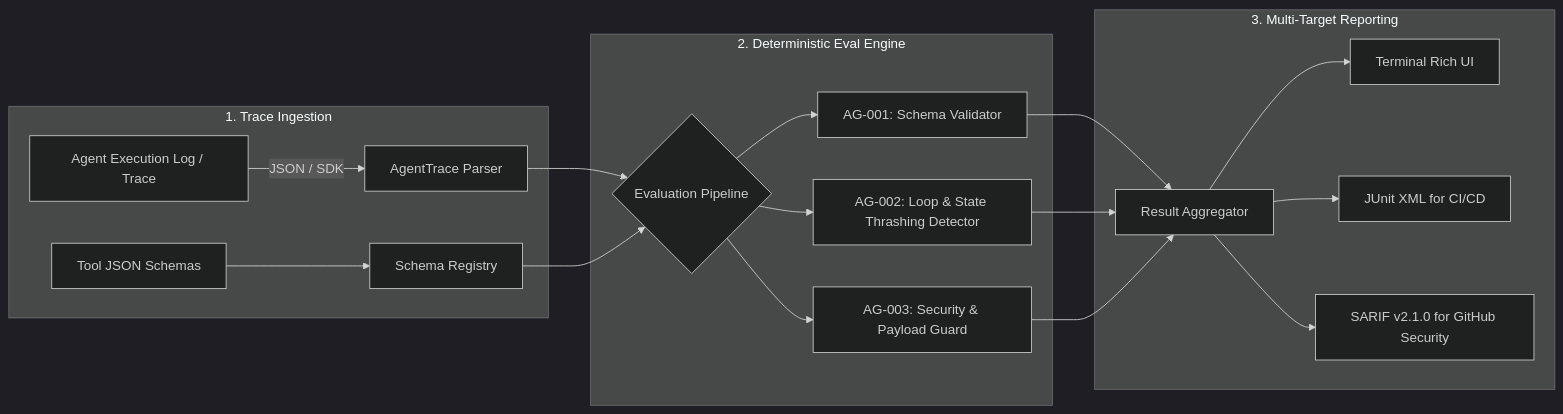
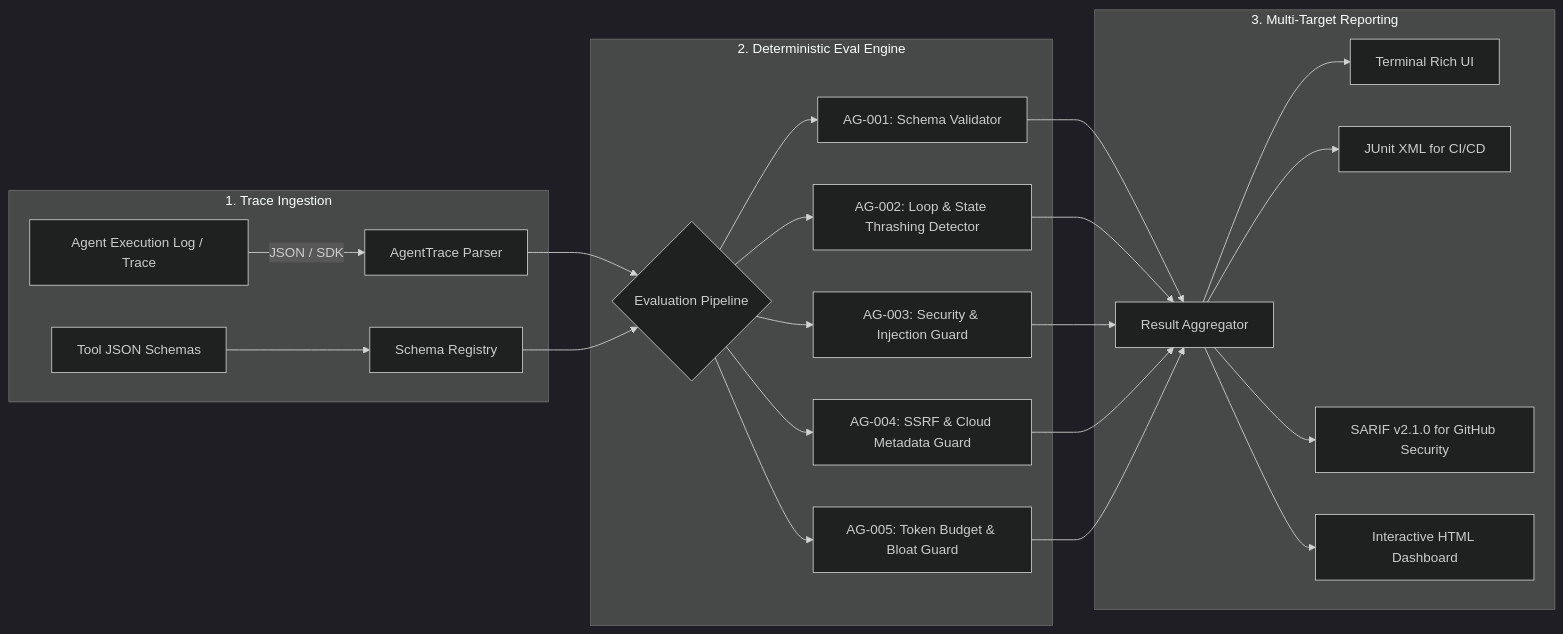
The diagram in README.md (OKAN-SOFTWARE/agent-guard-eval), drawn with Mermaid (dark theme) before and after one commit. The commit also changed other lines of this file and 22 other files, not shown here.

Commit message:
feat(v0.2.0): add SSRF/IMDS guard, token budget guard, interactive HTML reporting, and fix wheel packaging

````diff
--- a/README.md
+++ b/README.md
@@ -36,22 +38,25 @@
 ```mermaid
 flowchart LR
     subgraph Ingestion["1. Trace Ingestion"]
         A[Agent Execution Log / Trace] -->|JSON / SDK| B[AgentTrace Parser]
         S[Tool JSON Schemas] --> C[Schema Registry]
     end
 
     subgraph Engine["2. Deterministic Eval Engine"]
         B --> D{Evaluation Pipeline}
         C --> D
         D --> E[AG-001: Schema Validator]
         D --> F[AG-002: Loop & State Thrashing Detector]
-        D --> G[AG-003: Security & Payload Guard]
+        D --> G[AG-003: Security & Injection Guard]
+        D --> H[AG-004: SSRF & Cloud Metadata Guard]
+        D --> I[AG-005: Token Budget & Bloat Guard]
     end
 
     subgraph Reporters["3. Multi-Target Reporting"]
-        E & F & G --> H[Result Aggregator]
-        H --> I[Terminal Rich UI]
-        H --> J[JUnit XML for CI/CD]
-        H --> K[SARIF v2.1.0 for GitHub Security]
+        E & F & G & H & I --> J[Result Aggregator]
+        J --> K[Terminal Rich UI]
+        J --> L[JUnit XML for CI/CD]
+        J --> M[SARIF v2.1.0 for GitHub Security]
+        J --> N[Interactive HTML Dashboard]
     end
 ```
````
